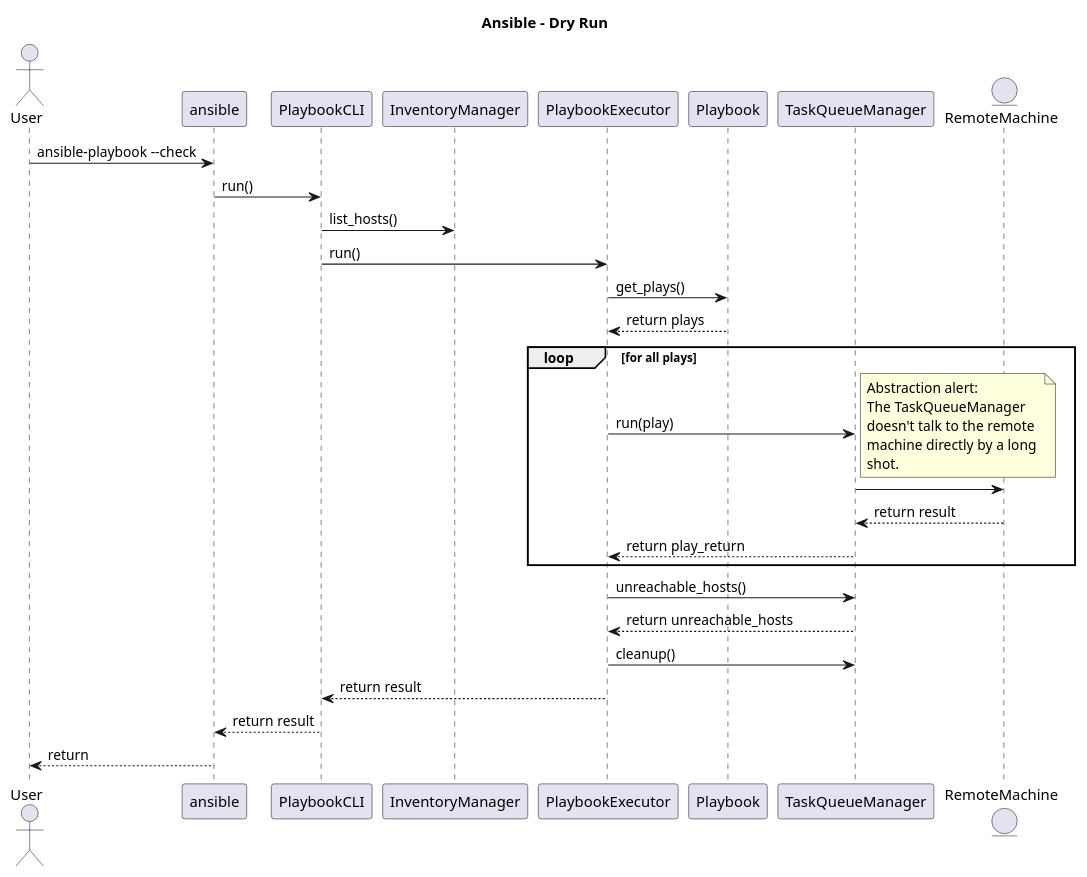
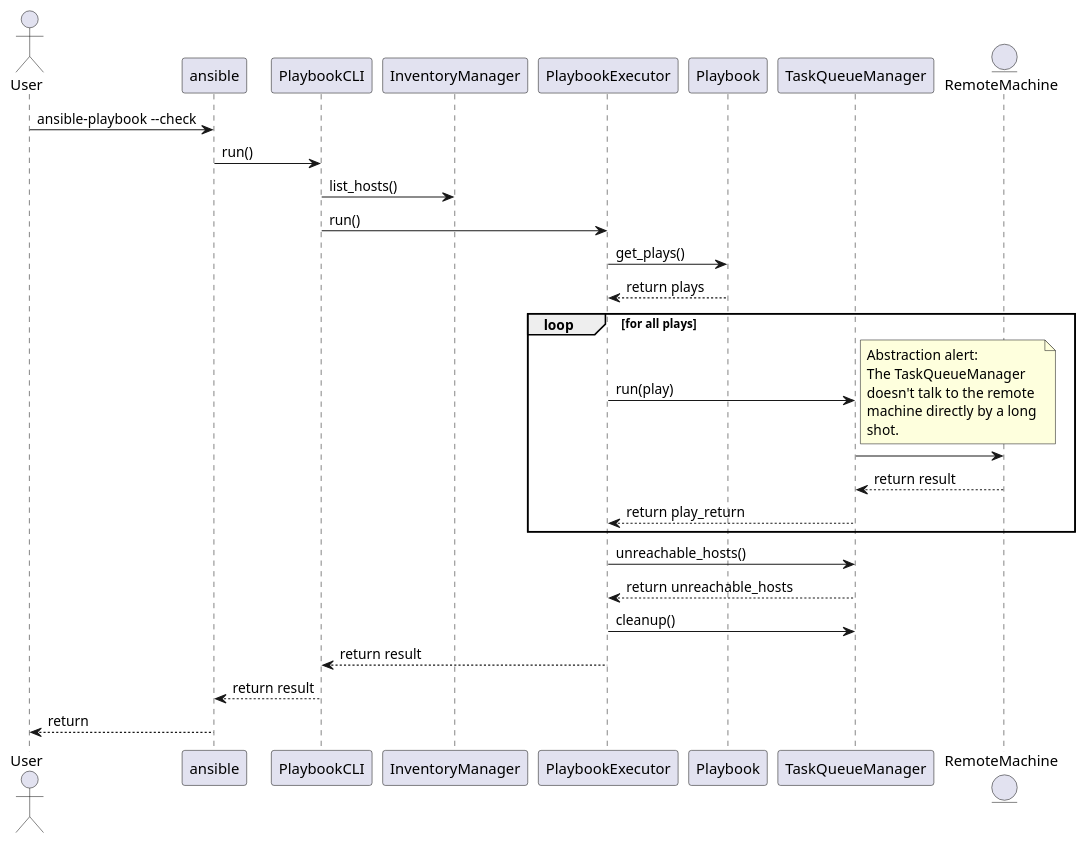
The diagram in project/uml/SequenceDiagram/DryRun.puml (ezequiels/nazz), drawn with PlantUML before and after one commit. The commit also changed 3 other files, not shown here.

Commit message:
Make some diagram titles more consistent, added _connect to Connection class diagram.

```diff
--- a/project/uml/SequenceDiagram/DryRun.puml
+++ b/project/uml/SequenceDiagram/DryRun.puml
@@ -1,26 +1,24 @@
 @startuml
-title Ansible - Dry Run
-
 actor User
 User->ansible:ansible-playbook --check
 ansible->PlaybookCLI: run()
 PlaybookCLI->InventoryManager: list_hosts()
 PlaybookCLI->PlaybookExecutor:run()
 PlaybookExecutor->Playbook:get_plays()
 Playbook-->PlaybookExecutor: return plays
 loop for all plays
     PlaybookExecutor->TaskQueueManager:run(play)
     entity RemoteMachine
     note right: Abstraction alert: \nThe TaskQueueManager \ndoesn't talk to the remote \nmachine directly by a long \nshot.
     TaskQueueManager->RemoteMachine
     RemoteMachine-->TaskQueueManager: return result
     TaskQueueManager-->PlaybookExecutor: return play_return
 end
 PlaybookExecutor->TaskQueueManager: unreachable_hosts()
 TaskQueueManager-->PlaybookExecutor: return unreachable_hosts
 PlaybookExecutor->TaskQueueManager: cleanup()
 PlaybookExecutor-->PlaybookCLI: return result
 PlaybookCLI-->ansible: return result
 ansible-->User: return
 
 @enduml
```
